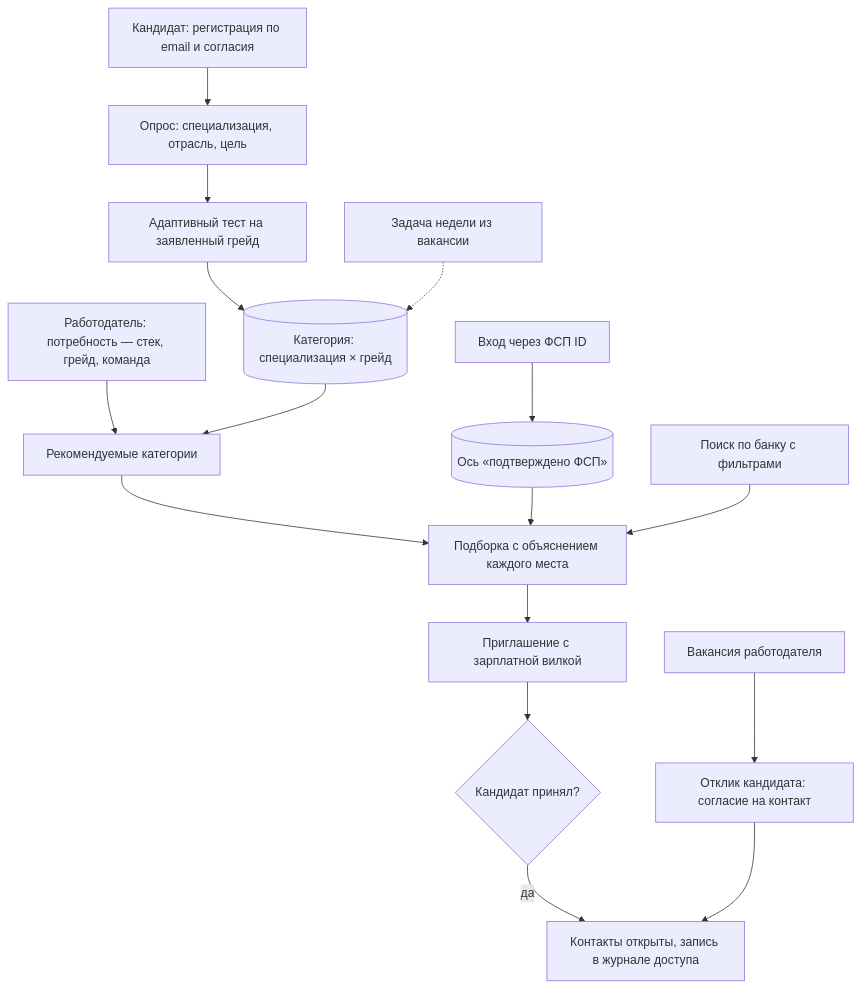
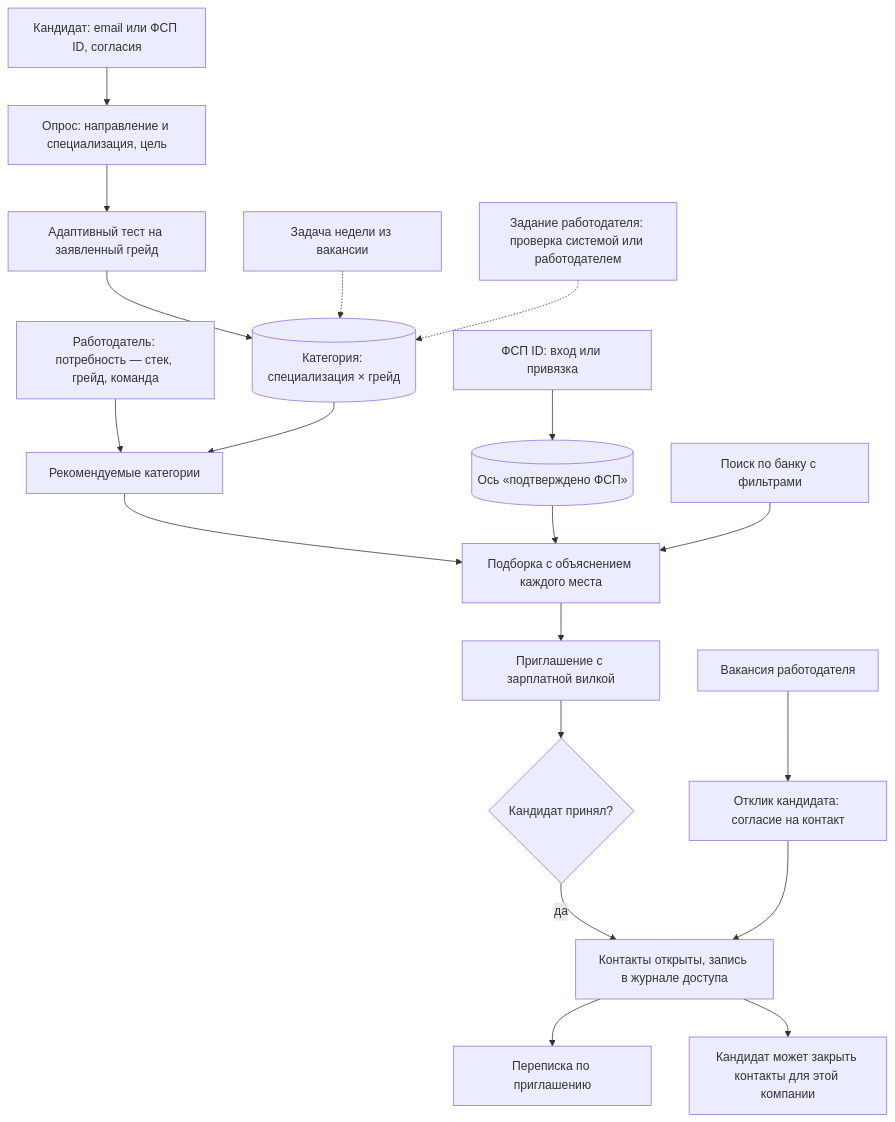
One commit to KonkovDV/fsp-talent changed the first of 2 diagrams in docs/SOLUTION.md. Above: the diagram before and after it, drawn with Mermaid. The commit also changed other lines of this file and 7 other files, not shown here.

First line of the commit message:
Перенести заметки о заданиях работодателя, входе через ФСП ID, закрытии контактов и переписке в документацию

````diff
--- a/docs/SOLUTION.md
+++ b/docs/SOLUTION.md
@@ -26,18 +26,21 @@
 ```mermaid
 flowchart TD
-  R[Кандидат: регистрация по email и согласия] --> S[Опрос: специализация, отрасль, цель]
+  R[Кандидат: email или ФСП ID, согласия] --> S[Опрос: направление и специализация, цель]
   S --> T[Адаптивный тест на заявленный грейд]
   T --> C[(Категория: специализация × грейд)]
   W[Задача недели из вакансии] -.-> C
-  F[Вход через ФСП ID] --> X[(Ось «подтверждено ФСП»)]
+  ET[Задание работодателя: проверка системой или работодателем] -.-> C
+  F[ФСП ID: вход или привязка] --> X[(Ось «подтверждено ФСП»)]
   N[Работодатель: потребность — стек, грейд, команда] --> K[Рекомендуемые категории]
   C --> K
   K --> L[Подборка с объяснением каждого места]
   X --> L
   B[Поиск по банку с фильтрами] --> L
   L --> I[Приглашение с зарплатной вилкой]
   I --> A{Кандидат принял?}
   A -- да --> O[Контакты открыты, запись в журнале доступа]
+  O --> M[Переписка по приглашению]
+  O --> RV[Кандидат может закрыть контакты для этой компании]
   V[Вакансия работодателя] --> Ap[Отклик кандидата: согласие на контакт]
   Ap --> O
 ```
````
